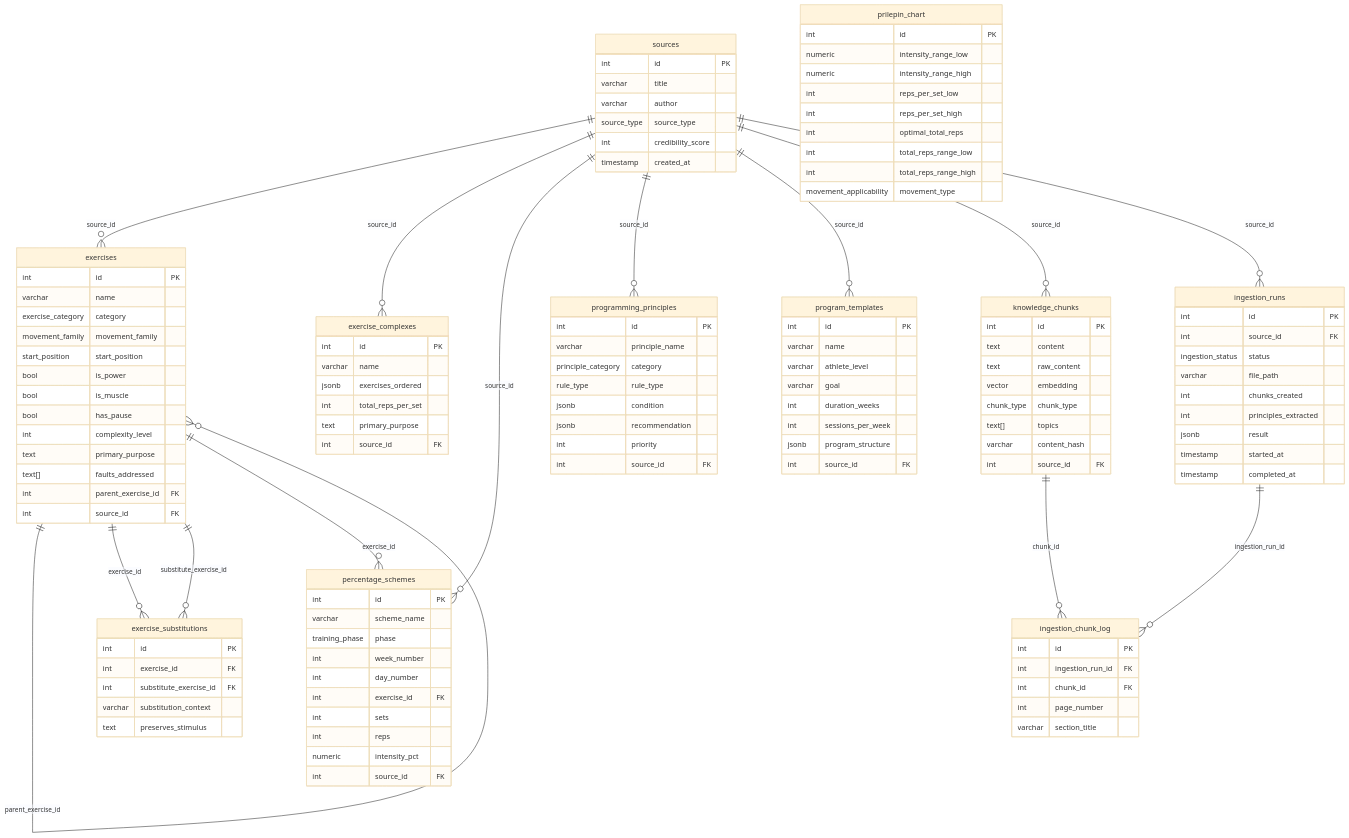
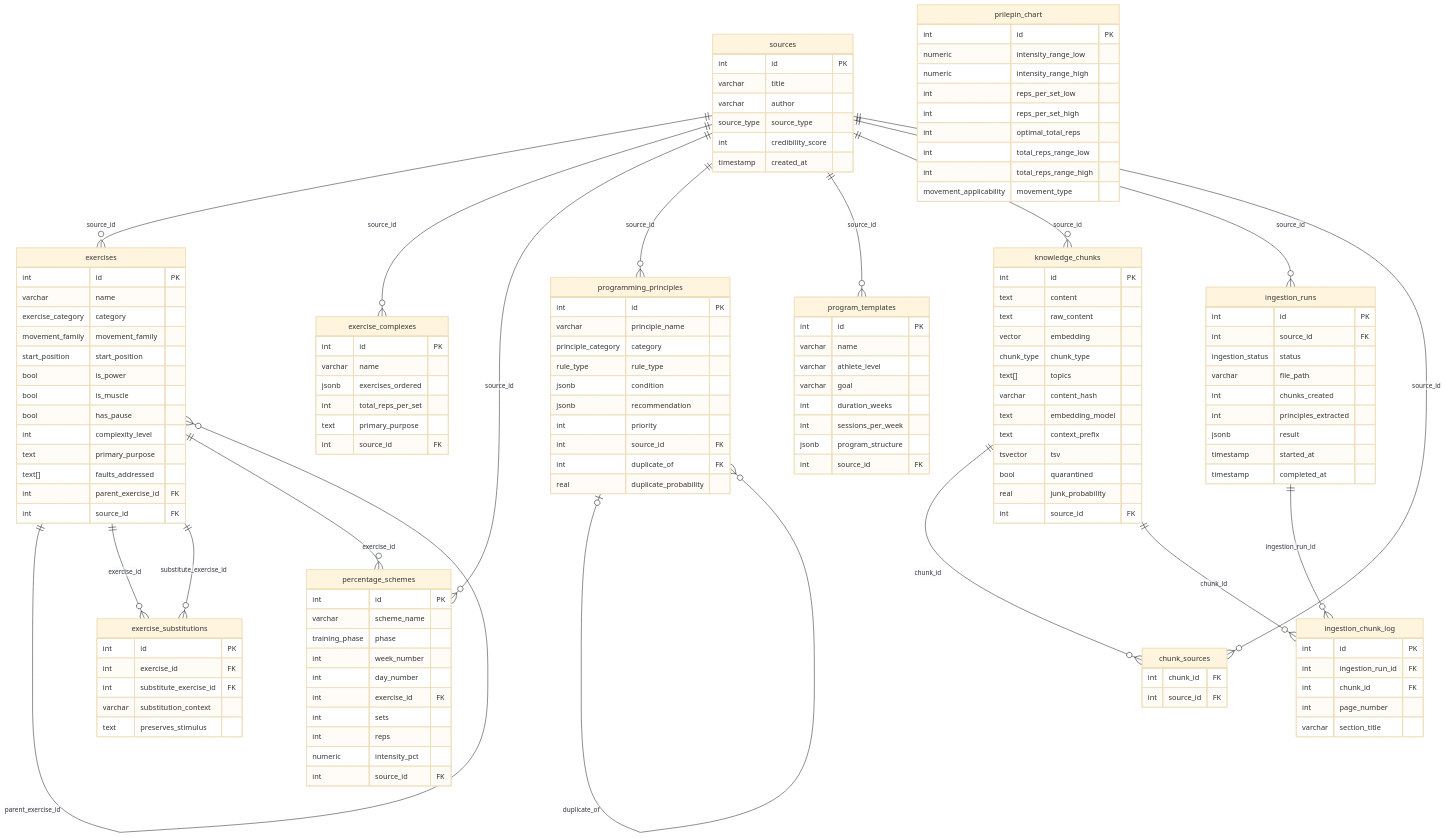
One commit to dcmshi/oly-program-generator changed the first of 2 diagrams in docs/SCHEMA.md. Above: the diagram before and after it, drawn with Mermaid (base theme). The commit also changed other lines of this file, not shown here.

Commit message:
docs(schema): 21 tables, Alembic as source of truth, quarantine/duplicate/result columns, ad-hoc snapshot tables (AUD-7)

```diff
--- a/docs/SCHEMA.md
+++ b/docs/SCHEMA.md
@@ -93,6 +97,8 @@
         jsonb recommendation
         int priority
         int source_id FK
+        int duplicate_of FK
+        real duplicate_probability
     }
 
     program_templates {
@@ -114,6 +120,16 @@
         chunk_type chunk_type
         text[] topics
         varchar content_hash
+        text embedding_model
+        text context_prefix
+        tsvector tsv
+        bool quarantined
+        real junk_probability
+        int source_id FK
+    }
+
+    chunk_sources {
+        int chunk_id FK
         int source_id FK
     }
 
@@ -144,6 +160,9 @@
     sources ||--o{ program_templates : "source_id"
     sources ||--o{ knowledge_chunks : "source_id"
     sources ||--o{ ingestion_runs : "source_id"
+    sources ||--o{ chunk_sources : "source_id"
+    knowledge_chunks ||--o{ chunk_sources : "chunk_id"
+    programming_principles |o--o{ programming_principles : "duplicate_of"
 
     exercises ||--o{ exercises : "parent_exercise_id"
     exercises ||--o{ exercise_substitutions : "exercise_id"
```
